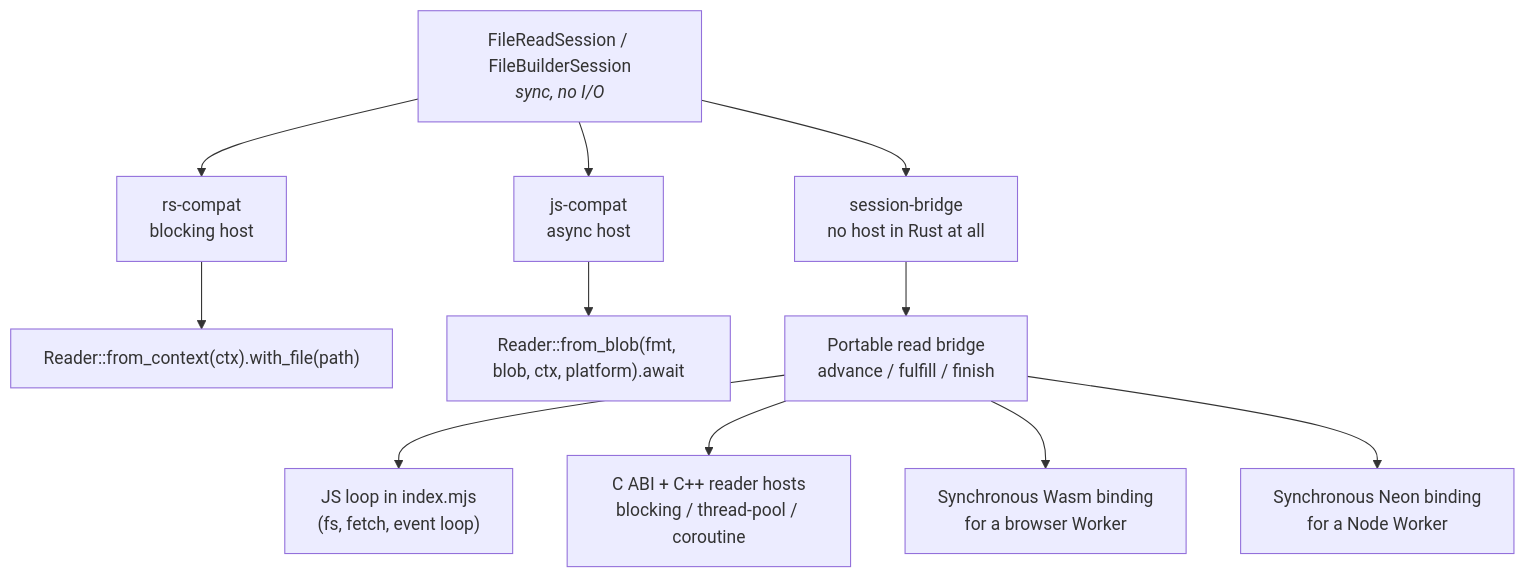
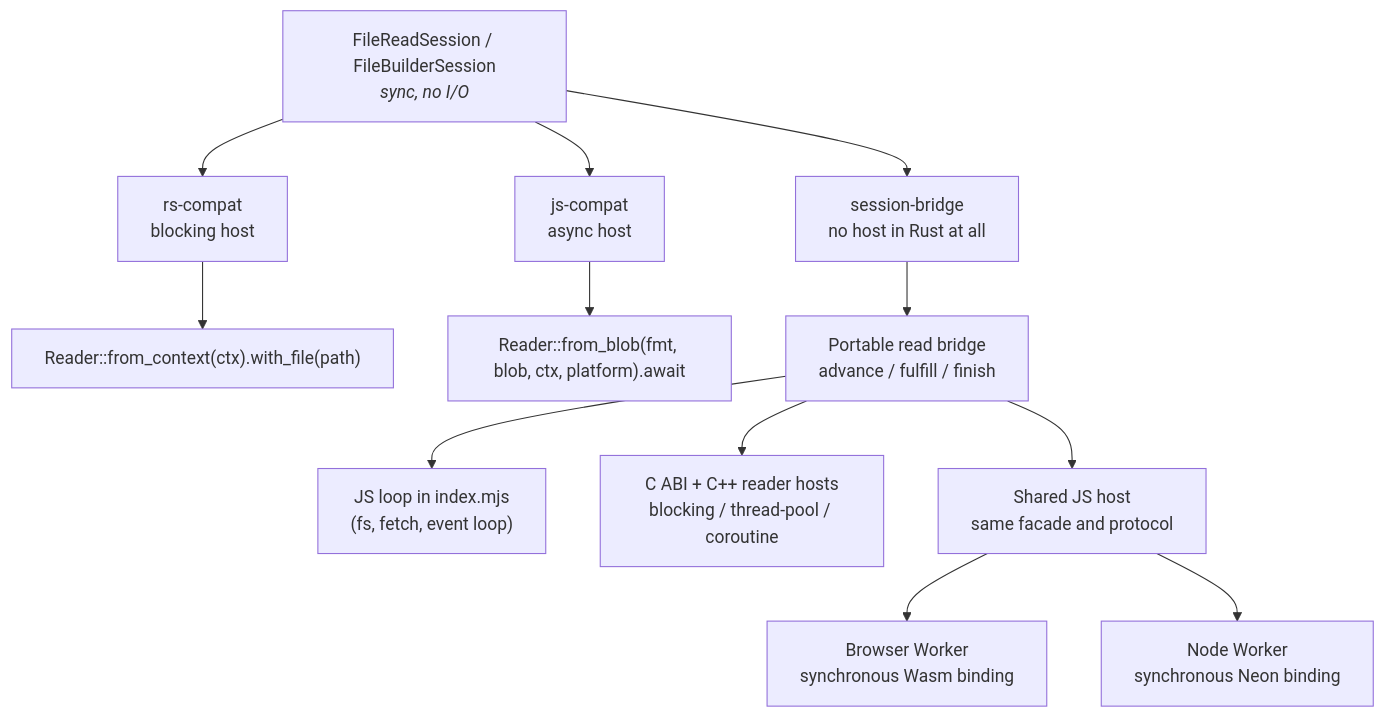
Before and after one commit to scouten/state-machine-experiment: the first of 2 diagrams in docs/walkthrough/06-bindings.md, drawn with Mermaid. The commit also changed other lines of this file and 15 other files, not shown here.

Commit message:
docs(js): document the shared host and its tests

````diff
--- a/docs/walkthrough/06-bindings.md
+++ b/docs/walkthrough/06-bindings.md
@@ -7,14 +7,15 @@
 ```mermaid
 flowchart TB
     E["FileReadSession / FileBuilderSession<br/><i>sync, no I/O</i>"]
     E --> R["rs-compat<br/>blocking host"]
     E --> J["js-compat<br/>async host"]
     E --> N["session-bridge<br/>no host in Rust at all"]
     R --> R1["Reader::from_context(ctx).with_file(path)"]
     J --> J1["Reader::from_blob(fmt, blob, ctx, platform).await"]
     N --> N1["Portable read bridge<br/>advance / fulfill / finish"]
     N1 --> N2["JS loop in index.mjs<br/>(fs, fetch, event loop)"]
     N1 --> CPP["C ABI + C++ reader hosts<br/>blocking / thread-pool / coroutine"]
-    N1 --> WB["Synchronous Wasm binding<br/>for a browser Worker"]
-    N1 --> WN["Synchronous Neon binding<br/>for a Node Worker"]
+    N1 --> W["Shared JS host<br/>same facade and protocol"]
+    W --> WB["Browser Worker<br/>synchronous Wasm binding"]
+    W --> WN["Node Worker<br/>synchronous Neon binding"]
 ```
````
